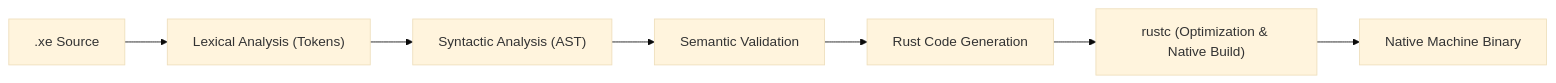
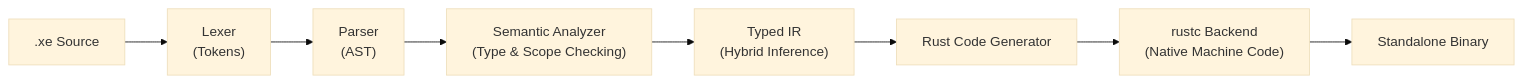
One commit to V8V88V8V88/XE changed the diagram in README.md. Above: the diagram before and after it, drawn with Mermaid (base theme). The commit also changed other lines of this file and 4 other files, not shown here.

````diff
--- a/README.md
+++ b/README.md
@@ -56,9 +115,10 @@
 ```mermaid
 graph LR
-    Source[".xe Source"] --> Lexer["Lexical Analysis (Tokens)"]
-    Lexer --> Parser["Syntactic Analysis (AST)"]
-    Parser --> Semantic["Semantic Validation"]
-    Semantic --> RustGen["Rust Code Generation"]
-    RustGen --> rustc["rustc (Optimization & Native Build)"]
-    rustc --> Binary["Native Machine Binary"]
+    Source[".xe Source"] --> Lexer["Lexer\n(Tokens)"]
+    Lexer --> Parser["Parser\n(AST)"]
+    Parser --> Semantic["Semantic Analyzer\n(Type & Scope Checking)"]
+    Semantic --> IR["Typed IR\n(Hybrid Inference)"]
+    IR --> Codegen["Rust Code Generator"]
+    Codegen --> Rustc["rustc Backend\n(Native Machine Code)"]
+    Rustc --> Binary["Standalone Binary"]
 ```
````
